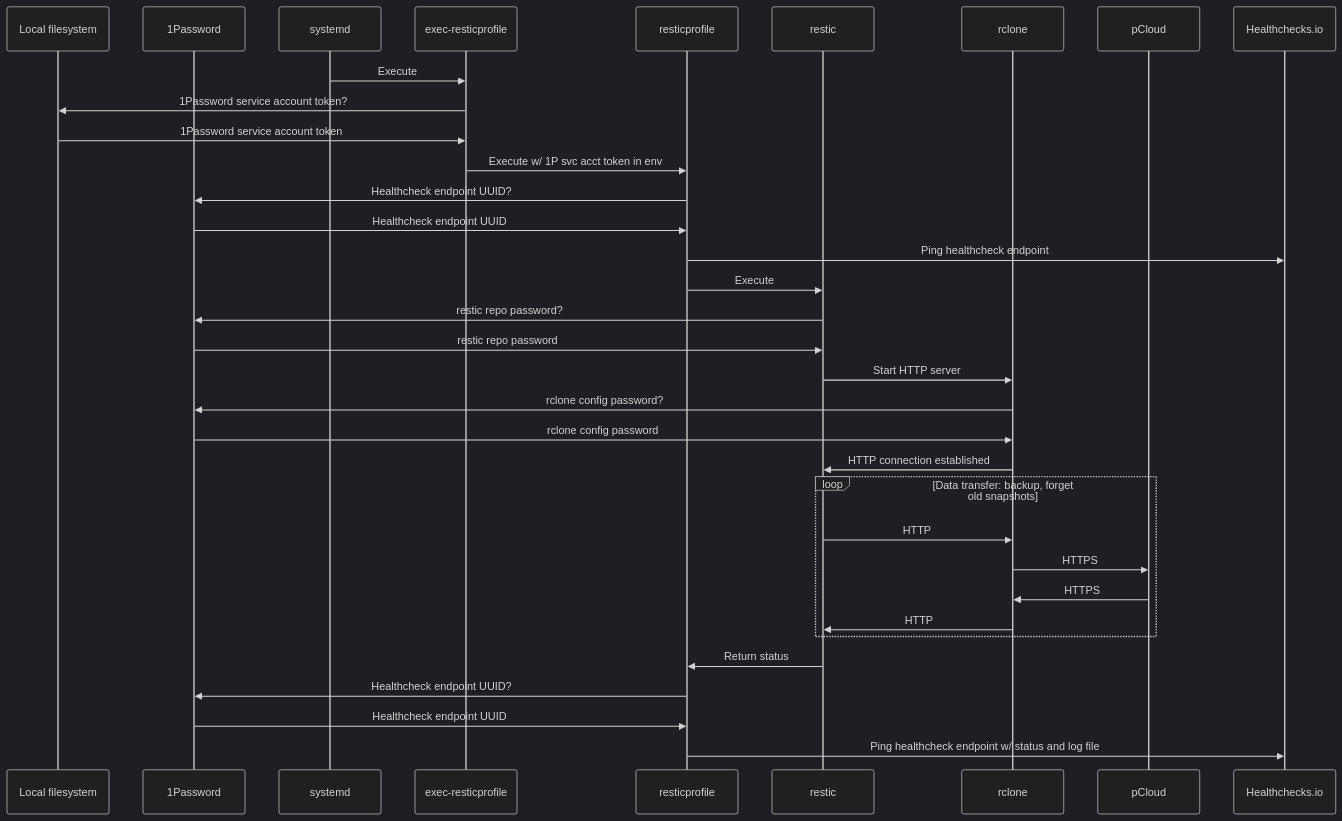
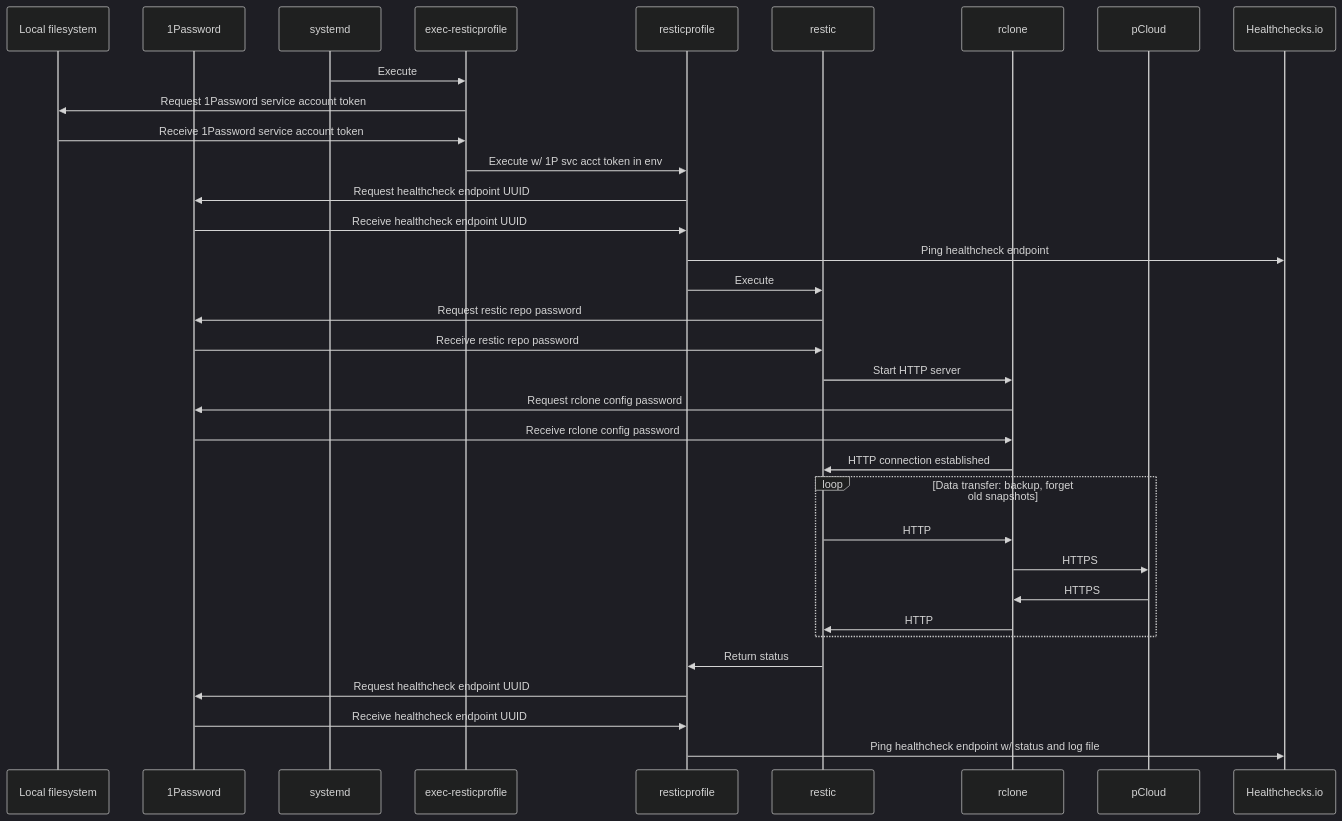
The diagram in docs/assets/backup/ubuntu-sequence-diagram.mmd (manselmi/notes), drawn with Mermaid (dark theme) before and after one commit. The commit also changed 1 other file, not shown here.

Commit message:
backup: update sequence diagrams

```diff
--- a/docs/assets/backup/ubuntu-sequence-diagram.mmd
+++ b/docs/assets/backup/ubuntu-sequence-diagram.mmd
@@ -1,40 +1,40 @@
 sequenceDiagram
 
   participant FS as Local filesystem
   participant 1P as 1Password
 
   participant SD as systemd
   participant ER as exec-resticprofile
   participant RP as resticprofile
   participant RE as restic
   participant RC as rclone
 
   participant PC as pCloud
   participant HC as Healthchecks.io
 
   SD ->> ER: Execute
-  ER ->> FS: 1Password service account token?
-  FS ->> ER: 1Password service account token
+  ER ->> FS: Request 1Password service account token
+  FS ->> ER: Receive 1Password service account token
   ER ->> RP: Execute w/ 1P svc acct token in env
-  RP ->> 1P: Healthcheck endpoint UUID?
-  1P ->> RP: Healthcheck endpoint UUID
+  RP ->> 1P: Request healthcheck endpoint UUID
+  1P ->> RP: Receive healthcheck endpoint UUID
   RP ->> HC: Ping healthcheck endpoint
   RP ->> RE: Execute
-  RE ->> 1P: restic repo password?
-  1P ->> RE: restic repo password
+  RE ->> 1P: Request restic repo password
+  1P ->> RE: Receive restic repo password
   RE ->> RC: Start HTTP server
-  RC ->> 1P: rclone config password?
-  1P ->> RC: rclone config password
+  RC ->> 1P: Request rclone config password
+  1P ->> RC: Receive rclone config password
   RC ->> RE: HTTP connection established
 
   loop Data transfer: backup, forget old snapshots
     RE ->> RC: HTTP
     RC ->> PC: HTTPS
     PC ->> RC: HTTPS
     RC ->> RE: HTTP
   end
 
   RE ->> RP: Return status
-  RP ->> 1P: Healthcheck endpoint UUID?
-  1P ->> RP: Healthcheck endpoint UUID
+  RP ->> 1P: Request healthcheck endpoint UUID
+  1P ->> RP: Receive healthcheck endpoint UUID
   RP ->> HC: Ping healthcheck endpoint w/ status and log file
```
